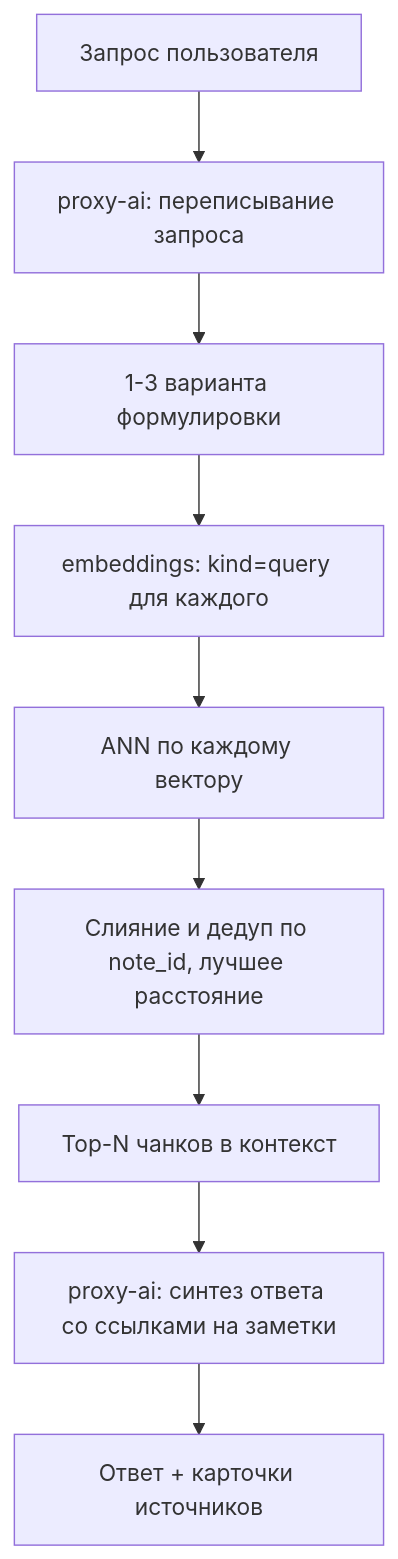
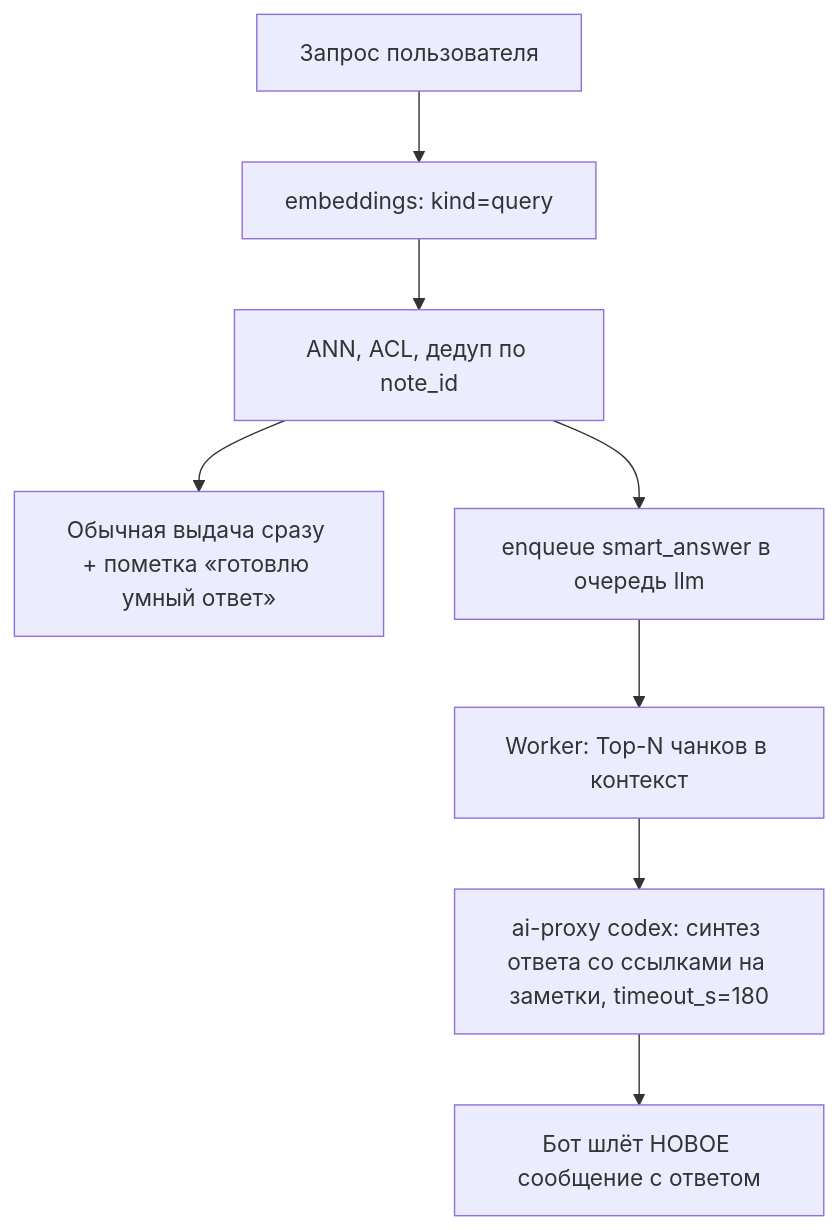
The diagram in docs/architecture/04-search.md (poohpeer/bot-notes), drawn with Mermaid before and after one commit. The commit also changed other lines of this file and 7 other files, not shown here.

First line of the commit message:
docs(architecture): зафиксировать контракт ai-proxy (провайдер codex)

````diff
--- a/docs/architecture/04-search.md
+++ b/docs/architecture/04-search.md
@@ -170,11 +174,10 @@
 ```mermaid
 flowchart TD
-    A[Запрос пользователя] --> B[proxy-ai: переписывание запроса]
-    B --> C[1-3 варианта формулировки]
-    C --> D[embeddings: kind=query для каждого]
-    D --> E[ANN по каждому вектору]
-    E --> F[Слияние и дедуп по note_id, лучшее расстояние]
-    F --> G[Top-N чанков в контекст]
-    G --> H[proxy-ai: синтез ответа со ссылками на заметки]
-    H --> I[Ответ + карточки источников]
+    A[Запрос пользователя] --> B[embeddings: kind=query]
+    B --> C[ANN, ACL, дедуп по note_id]
+    C --> D[Обычная выдача сразу + пометка «готовлю умный ответ»]
+    C --> E[enqueue smart_answer в очередь llm]
+    E --> F[Worker: Top-N чанков в контекст]
+    F --> G[ai-proxy codex: синтез ответа со ссылками на заметки, timeout_s=180]
+    G --> H[Бот шлёт НОВОЕ сообщение с ответом]
 ```
````
